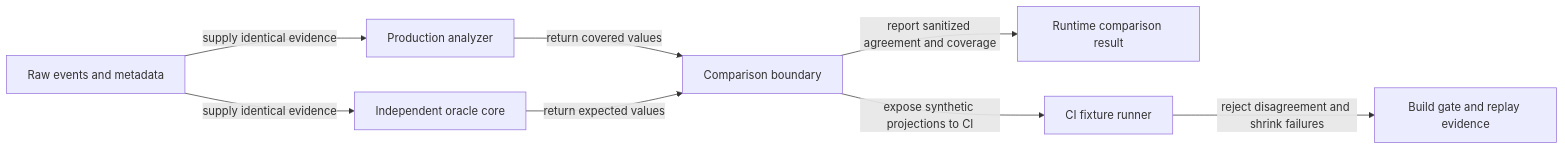
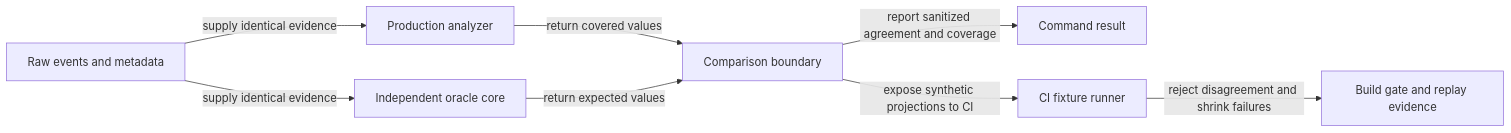
One commit to kirinmurphy/roborepo-alpha changed the first of 2 diagrams in docs/internal/telemetry-internals.md. Above: the diagram before and after it, drawn with Mermaid. The commit also changed other lines of this file and 34 other files, not shown here.

````diff
--- a/docs/internal/telemetry-internals.md
+++ b/docs/internal/telemetry-internals.md
@@ -103,10 +103,10 @@
 ```mermaid
 flowchart LR
     raw[Raw events and metadata] -->|supply identical evidence| production[Production analyzer]
     raw -->|supply identical evidence| oracle[Independent oracle core]
     production -->|return covered values| compare[Comparison boundary]
     oracle -->|return expected values| compare
-    compare -->|report sanitized agreement and coverage| result[Runtime comparison result]
+    compare -->|report sanitized agreement and coverage| result[Command result]
     compare -->|expose synthetic projections to CI| runner[CI fixture runner]
     runner -->|reject disagreement and shrink failures| gate[Build gate and replay evidence]
 ```
````
